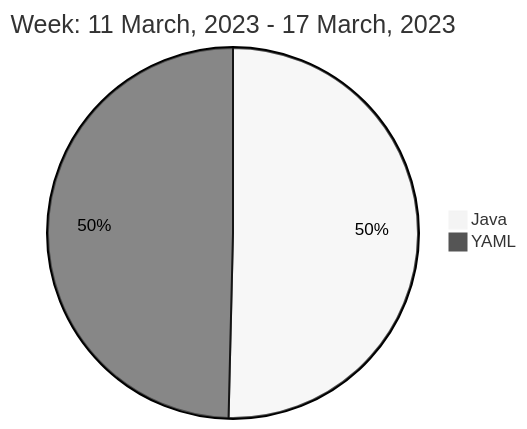
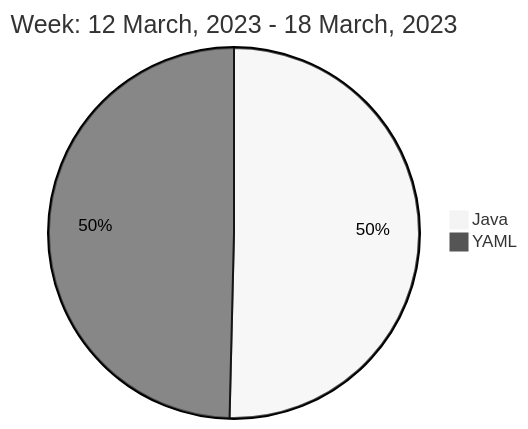
One commit to liubin95/liubin95 changed the diagram in README.md. Above: the diagram before and after it, drawn with Mermaid (neutral theme).

Commit message:
Updated the Graph with new Metrics

````diff
--- a/README.md
+++ b/README.md
@@ -40,6 +40,6 @@
 ```mermaid
  pie
-title Week: 11 March, 2023 - 17 March, 2023
+title Week: 12 March, 2023 - 18 March, 2023
  "Java" : 3.3
  "YAML" : 3.25
 ```
````
